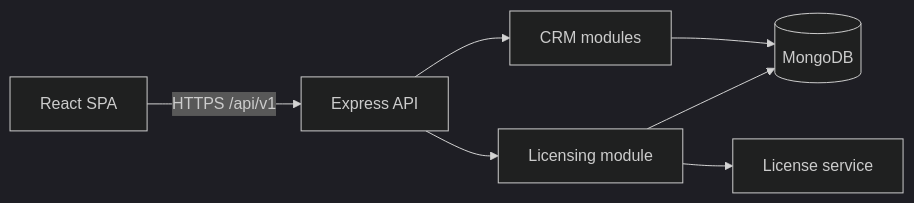
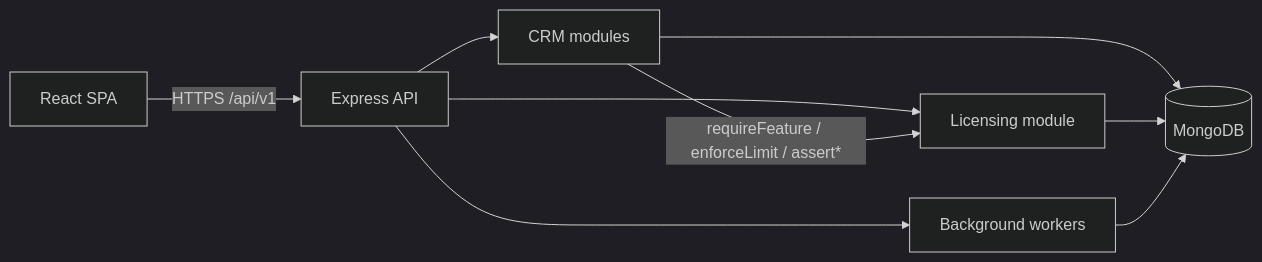
One commit to alwahab20089-crypto/Estateflow_CRM changed the first of 3 diagrams in docs/SYSTEM_ARCHITECTURE.md. Above: the diagram before and after it, drawn with Mermaid (dark theme). The commit also changed other lines of this file and 11 other files, not shown here.

````diff
--- a/docs/SYSTEM_ARCHITECTURE.md
+++ b/docs/SYSTEM_ARCHITECTURE.md
@@ -7,9 +7,11 @@
 ```mermaid
 flowchart LR
   Browser[React SPA] -->|HTTPS /api/v1| API[Express API]
   API --> Core[CRM modules]
-  API --> Licensing[Licensing module]
+  API --> Lic[Licensing module]
+  Core -->|requireFeature / enforceLimit / assert*| Lic
   Core --> DB[(MongoDB)]
-  Licensing --> DB
-  Licensing --> Lic[License service]
+  Lic --> DB
+  API --> Jobs[Background workers]
+  Jobs --> DB
 ```
````
